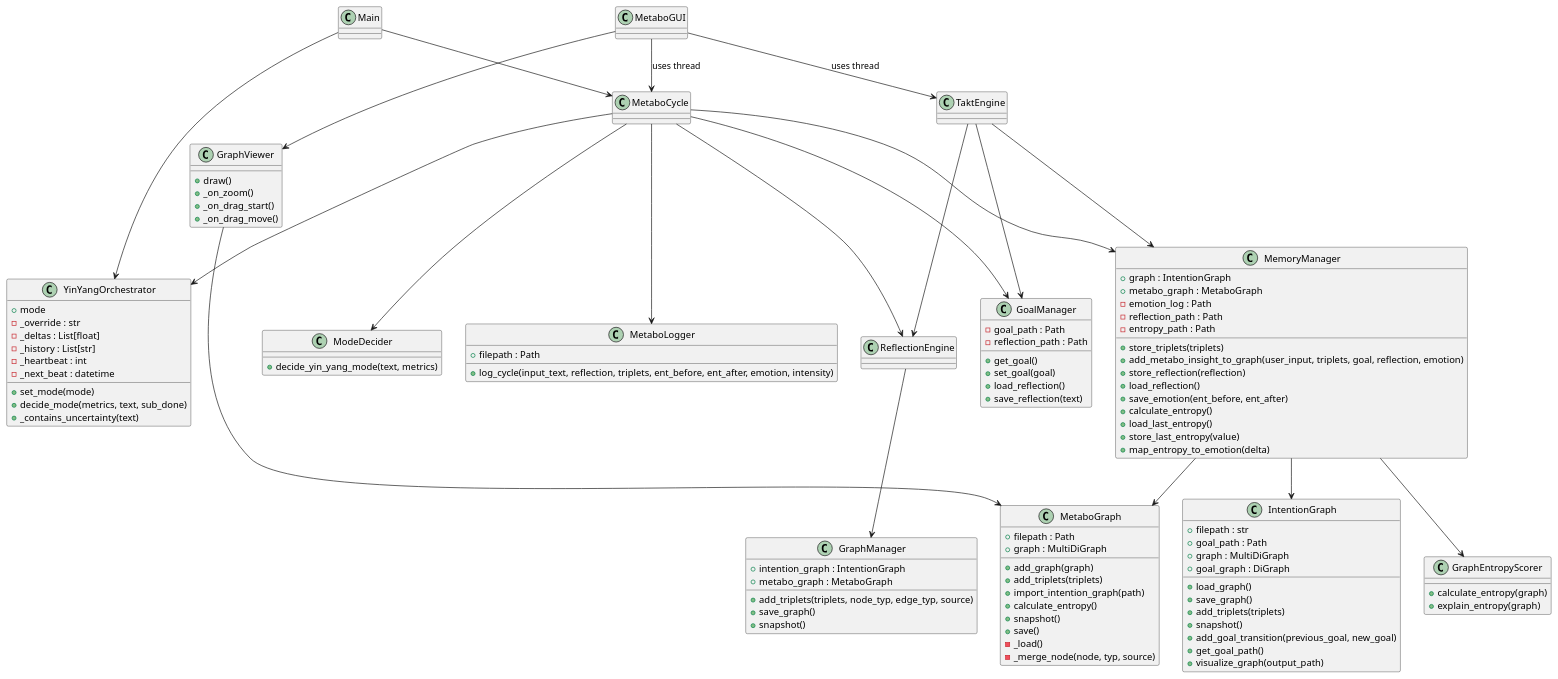
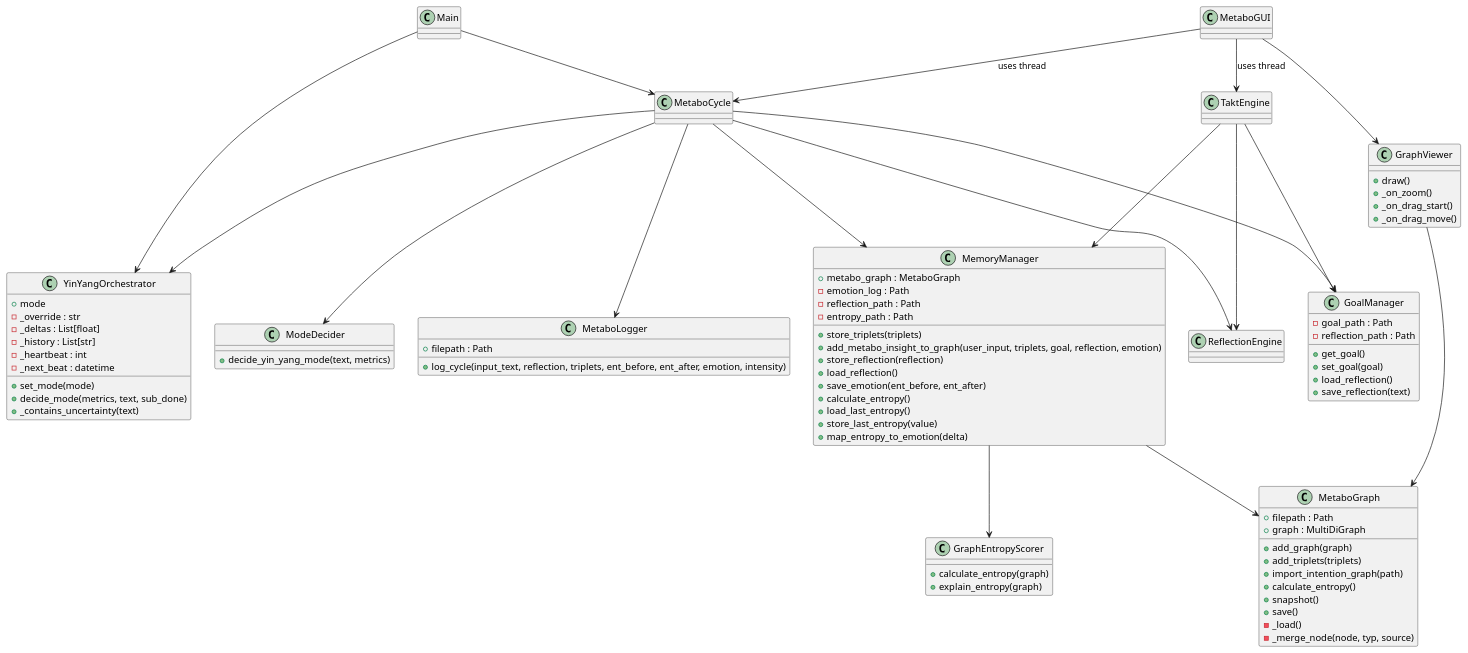
Before and after one commit to marcusreimold/MetaboMind: the diagram in doc/diagrams/class_diagram.puml, drawn with PlantUML. The commit also changed 19 other files, not shown here.

Commit message:
Unify triplet pipeline and graph

```diff
--- a/doc/diagrams/class_diagram.puml
+++ b/doc/diagrams/class_diagram.puml
@@ -1,112 +1,89 @@
 @startuml
 '/' Updated after adding requirements.txt
 class Main
 class MetaboCycle
 class GoalManager {
   -goal_path : Path
   -reflection_path : Path
   +get_goal()
   +set_goal(goal)
   +load_reflection()
   +save_reflection(text)
 }
 class MemoryManager {
-  +graph : IntentionGraph
   +metabo_graph : MetaboGraph
   -emotion_log : Path
   -reflection_path : Path
   -entropy_path : Path
   +store_triplets(triplets)
   +add_metabo_insight_to_graph(user_input, triplets, goal, reflection, emotion)
   +store_reflection(reflection)
   +load_reflection()
   +save_emotion(ent_before, ent_after)
   +calculate_entropy()
   +load_last_entropy()
   +store_last_entropy(value)
   +map_entropy_to_emotion(delta)
-}
-class IntentionGraph {
-  +filepath : str
-  +goal_path : Path
-  +graph : MultiDiGraph
-  +goal_graph : DiGraph
-  +load_graph()
-  +save_graph()
-  +add_triplets(triplets)
-  +snapshot()
-  +add_goal_transition(previous_goal, new_goal)
-  +get_goal_path()
-  +visualize_graph(output_path)
 }
 class ReflectionEngine
 class TaktEngine
 class YinYangOrchestrator {
   +mode
   -_override : str
   -_deltas : List[float]
   -_history : List[str]
   -_heartbeat : int
   -_next_beat : datetime
   +set_mode(mode)
   +decide_mode(metrics, text, sub_done)
   +_contains_uncertainty(text)
 }
 class ModeDecider {
   +decide_yin_yang_mode(text, metrics)
 }
 class MetaboGUI
 class GraphViewer {
   +draw()
   +_on_zoom()
   +_on_drag_start()
   +_on_drag_move()
 }
 class GraphEntropyScorer {
   +calculate_entropy(graph)
   +explain_entropy(graph)
 }
 class MetaboGraph {
   +filepath : Path
   +graph : MultiDiGraph
   +add_graph(graph)
   +add_triplets(triplets)
   +import_intention_graph(path)
   +calculate_entropy()
   +snapshot()
   +save()
   -_load()
   -_merge_node(node, typ, source)
 }
-class GraphManager {
-  +intention_graph : IntentionGraph
-  +metabo_graph : MetaboGraph
-  +add_triplets(triplets, node_typ, edge_typ, source)
-  +save_graph()
-  +snapshot()
-}
 class MetaboLogger {
   +filepath : Path
   +log_cycle(input_text, reflection, triplets, ent_before, ent_after, emotion, intensity)
 }
 
 Main --> MetaboCycle
 MetaboCycle --> GoalManager
 MetaboCycle --> MemoryManager
 MetaboCycle --> ReflectionEngine
-ReflectionEngine --> GraphManager
 MetaboCycle --> YinYangOrchestrator
 MetaboCycle --> ModeDecider
-MemoryManager --> IntentionGraph
 MemoryManager --> MetaboGraph
 TaktEngine --> MemoryManager
 TaktEngine --> GoalManager
 TaktEngine --> ReflectionEngine
 Main --> YinYangOrchestrator
 MetaboGUI --> MetaboCycle : uses thread
 MetaboGUI --> TaktEngine : uses thread
 MetaboGUI --> GraphViewer
 MemoryManager --> GraphEntropyScorer
 GraphViewer --> MetaboGraph
 MetaboCycle --> MetaboLogger
 @enduml
```
